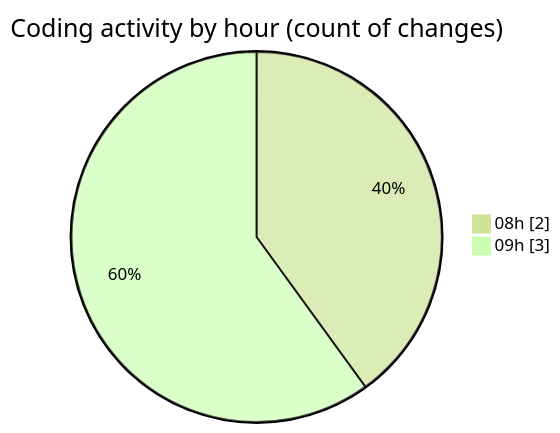
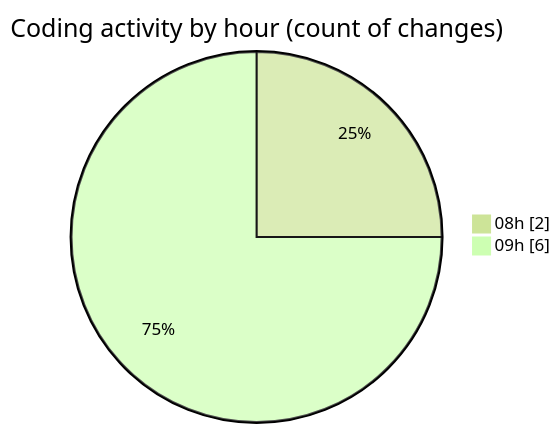
One commit to LanceThiago/code-tracking changed the second of 2 diagrams in 2025-03-26/kml/README.md. Above: the diagram before and after it, drawn with Mermaid (forest theme). The commit also changed other lines of this file and 1 other file, not shown here.

````diff
--- a/2025-03-26/kml/README.md
+++ b/2025-03-26/kml/README.md
@@ -28,6 +28,6 @@
 ```mermaid
 pie showData
 title Coding activity by hour (count of changes)
 "08h" : 2
-"09h" : 3
+"09h" : 6
 ```
````
